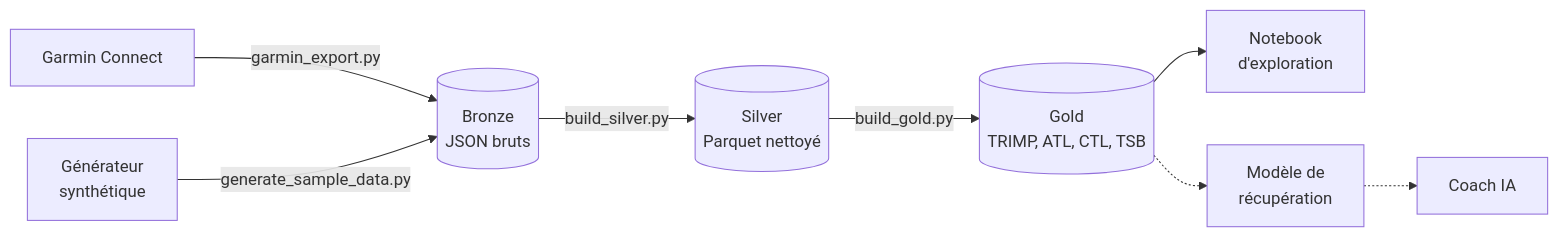
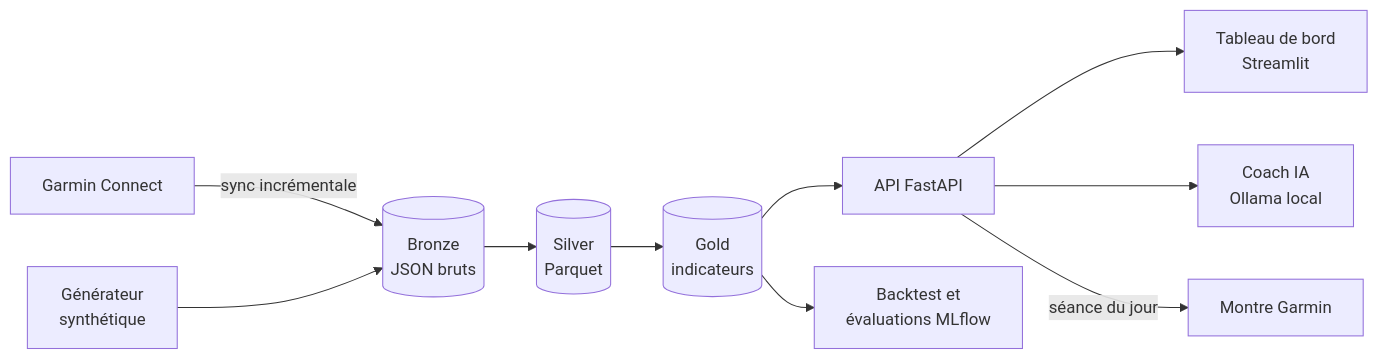
One commit to Edouardmnt/Garmin-Run changed the diagram in README.md. Above: the diagram before and after it, drawn with Mermaid. The commit also changed other lines of this file and 23 other files, not shown here.

````diff
--- a/README.md
+++ b/README.md
@@ -15,10 +58,12 @@
 ```mermaid
 flowchart LR
-    G[Garmin Connect] -->|garmin_export.py| B[(Bronze<br/>JSON bruts)]
-    S[Générateur<br/>synthétique] -->|generate_sample_data.py| B
-    B -->|build_silver.py| SV[(Silver<br/>Parquet nettoyé)]
-    SV -->|build_gold.py| GD[(Gold<br/>TRIMP, ATL, CTL, TSB)]
-    GD --> N[Notebook<br/>d'exploration]
-    GD -.-> M[Modèle de<br/>récupération]
-    M -.-> C[Coach IA]
+    G[Garmin Connect] -->|sync incrémentale| B[(Bronze<br/>JSON bruts)]
+    S[Générateur<br/>synthétique] --> B
+    B --> SV[(Silver<br/>Parquet)]
+    SV --> GD[(Gold<br/>indicateurs)]
+    GD --> API[API FastAPI]
+    API --> D[Tableau de bord<br/>Streamlit]
+    API --> C[Coach IA<br/>Ollama local]
+    API -->|séance du jour| W[Montre Garmin]
+    GD --> E[Backtest et<br/>évaluations MLflow]
 ```
````
